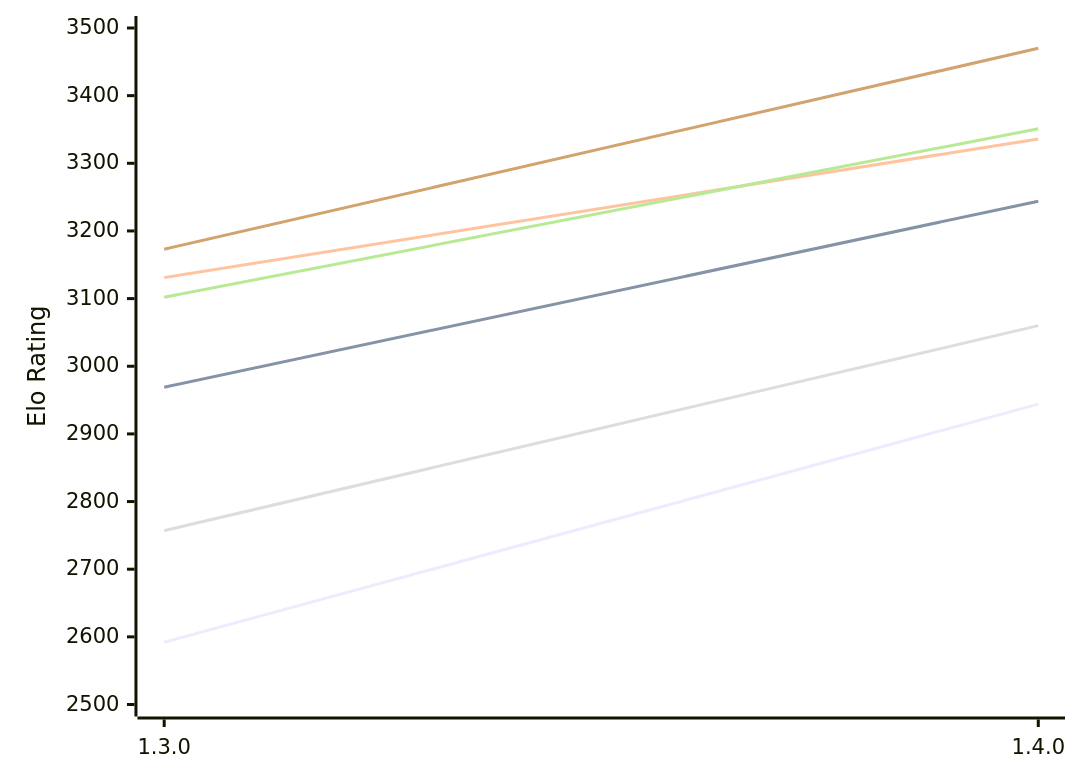
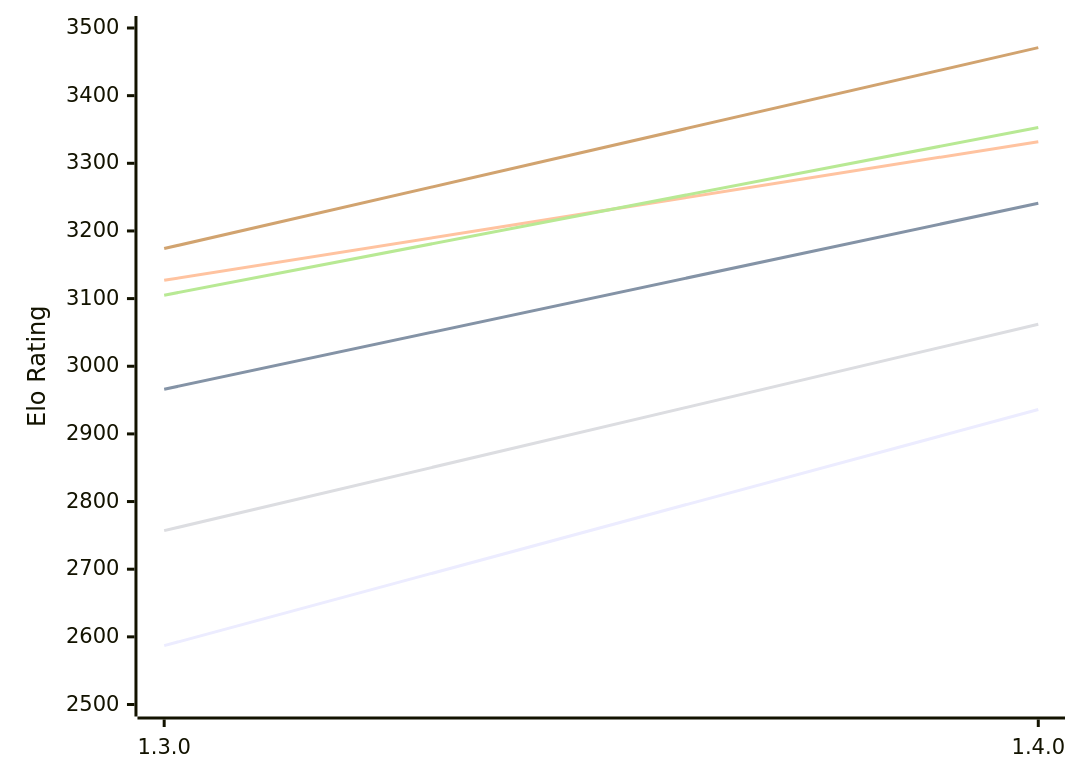
The first of 2 diagrams in engines/Ember.md (computer-chess-index/cci), drawn with Mermaid before and after one commit. The commit also changed other lines of this file, not shown here.

Commit message:
Update CCI Ratings (ELO VLTC) - 2026-11-09

````diff
--- a/engines/Ember.md
+++ b/engines/Ember.md
@@ -51,12 +51,12 @@
 ```mermaid
 %%{init: {"theme":"base","themeVariables":{"seriesColors:['#a3a3a3','#222221','#faa371']}}}%%
 xychart-beta
   x-axis ["1.3.0", "1.4.0"]
   y-axis "Elo Rating" 2500 --> 3500
-  line "E1: STC (8.0+0.08s)" [2592, 2944]
-  line "E1: LTC (60.0+0.60s)" [2969, 3244]
-  line "E1: VLTC (2m24s+1.12s)" [3131, 3336]
-  line "P1: STC (8.0+0.08s)" [2757, 3060]
-  line "P1: LTC (60.0+0.60s)" [3102, 3351]
-  line "P1: VLTC (2m24s+1.12s)" [3173, 3470]
+  line "E1: STC (8.0+0.08s)" [2587, 2936]
+  line "E1: LTC (60.0+0.60s)" [2966, 3241]
+  line "E1: VLTC (2m24s+1.12s)" [3127, 3332]
+  line "P1: STC (8.0+0.08s)" [2757, 3062]
+  line "P1: LTC (60.0+0.60s)" [3105, 3353]
+  line "P1: VLTC (2m24s+1.12s)" [3174, 3471]
 ```
````
